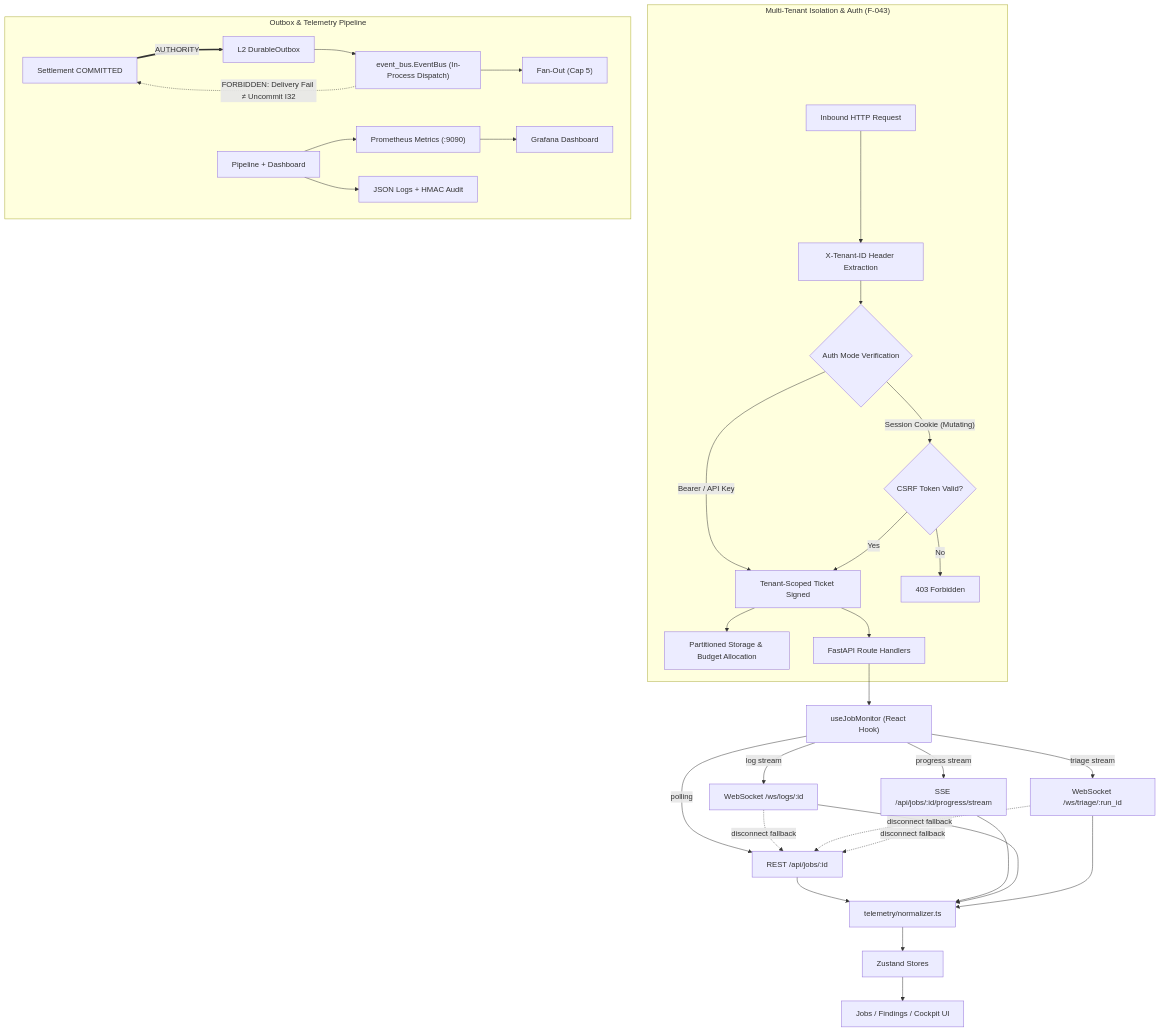
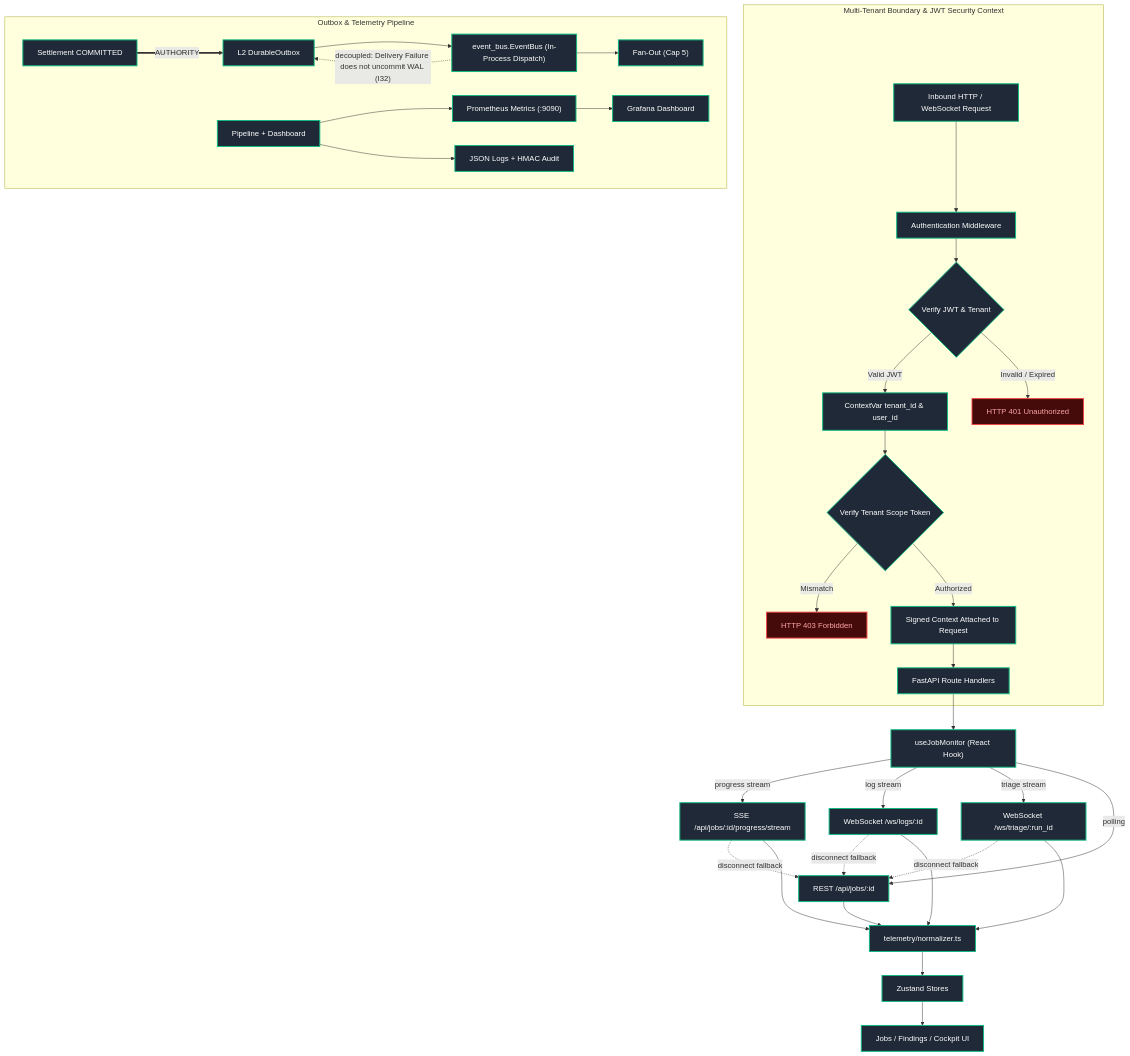
Diagram 12 of 16 in docs/flowchart.md (AviralGup7/Singularity-Zero), drawn with Mermaid before and after one commit. The commit also changed other lines of this file, not shown here.

````diff
--- a/docs/flowchart.md
+++ b/docs/flowchart.md
@@ -670,37 +730,44 @@
 ```mermaid
 flowchart TD
-    subgraph MultiTenant["Multi-Tenant Isolation & Auth (F-043)"]
-        HTTP["Inbound HTTP Request"]:::impl --> Tenant["X-Tenant-ID Header Extraction"]:::impl
-        Tenant --> Auth{"Auth Mode Verification"}:::impl
-        Auth -->|"Bearer / API Key"| ScopeSigned["Tenant-Scoped Ticket Signed"]:::impl
-        Auth -->|"Session Cookie (Mutating)"| CSRF{"CSRF Token Valid?"}:::impl
-        CSRF -->|No| R403["403 Forbidden"]:::forbidden
-        CSRF -->|Yes| ScopeSigned
-        ScopeSigned --> TenantStorage["Partitioned Storage & Budget Allocation"]:::impl
+    classDef impl fill:#1f2937,stroke:#10b981,stroke-width:2px,color:#fff;
+    classDef singleNode fill:#1e293b,stroke:#0ea5e9,stroke-width:1px,stroke-dasharray:3 3,color:#fff;
+    classDef library fill:#334155,stroke:#64748b,stroke-width:1px,color:#fff;
+    classDef specOnly fill:#1e1b4b,stroke:#818cf8,stroke-width:1px,stroke-dasharray:4 4,color:#fff;
+    classDef vacuous fill:#27272a,stroke:#71717a,stroke-width:1px,color:#a1a1aa;
+    classDef forbidden fill:#450a0a,stroke:#ef4444,stroke-width:2px,color:#fca5a5;
+
+    subgraph MultiTenantAuth["Multi-Tenant Boundary & JWT Security Context"]
+        Req["Inbound HTTP / WebSocket Request"]:::impl --> AuthMid["Authentication Middleware"]:::impl
+        AuthMid --> JWT{"Verify JWT & Tenant"}:::impl
+        JWT -->|Valid JWT| Ctx["ContextVar tenant_id & user_id"]:::impl
+        JWT -->|Invalid / Expired| Refuse401["HTTP 401 Unauthorized"]:::forbidden
+        Ctx --> ScopeCheck{"Verify Tenant Scope Token"}:::impl
+        ScopeCheck -->|Mismatch| Refuse403["HTTP 403 Forbidden"]:::forbidden
+        ScopeCheck -->|Authorized| ScopeSigned["Signed Context Attached to Request"]:::impl
         ScopeSigned --> Dispatch["FastAPI Route Handlers"]:::impl
     end
 
     Dispatch --> Hook["useJobMonitor (React Hook)"]:::impl
     Hook -->|"progress stream"| SSE["SSE /api/jobs/:id/progress/stream"]:::impl
     Hook -->|"log stream"| WS["WebSocket /ws/logs/:id"]:::impl
     Hook -->|"triage stream"| Triage["WebSocket /ws/triage/:run_id"]:::impl
     Hook -->|"polling"| REST["REST /api/jobs/:id"]:::impl
     
     WS -.->|"disconnect fallback"| REST
     Triage -.->|"disconnect fallback"| REST
     SSE -.->|"disconnect fallback"| REST
     
     REST & SSE & WS & Triage --> Norm["telemetry/normalizer.ts"]:::impl
     Norm --> Stores["Zustand Stores"]:::impl
     Stores --> Pages["Jobs / Findings / Cockpit UI"]:::impl
     
     subgraph OutboxNotify["Outbox & Telemetry Pipeline"]
         Settle["Settlement COMMITTED"]:::impl ==>|"AUTHORITY"| Outbox["L2 DurableOutbox"]:::impl
         Outbox --> LiveBus["event_bus.EventBus (In-Process Dispatch)"]:::impl
         LiveBus --> Fan["Fan-Out (Cap 5)"]:::impl
-        LiveBus -.->|"FORBIDDEN: Delivery Fail ≠ Uncommit I32"| Settle
+        LiveBus -.->|"decoupled: Delivery Failure does not uncommit WAL (I32)"| Outbox
         App["Pipeline + Dashboard"]:::impl --> Prom["Prometheus Metrics (:9090)"]:::impl
         App --> Logs["JSON Logs + HMAC Audit"]:::impl
         Prom --> Graf["Grafana Dashboard"]:::impl
     end
 ```
````
